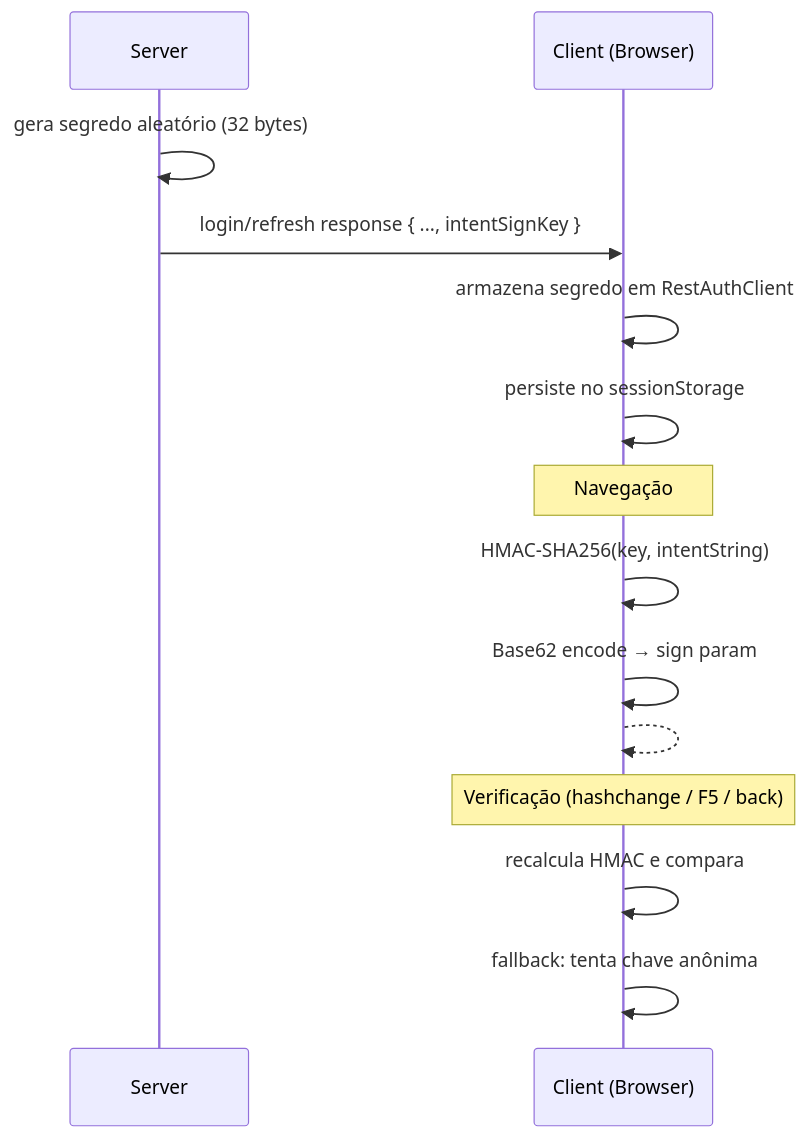
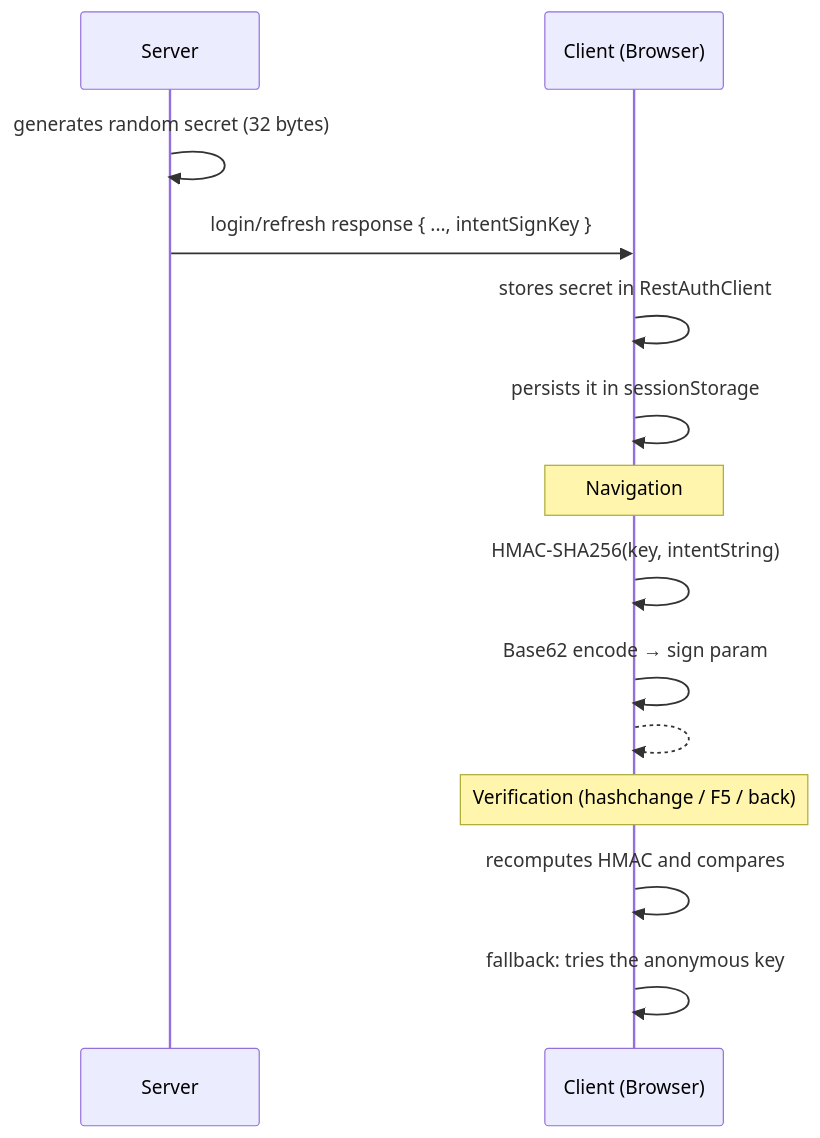
One commit to mrcdom/wdc-cube-kotlin changed the diagram in fontes/br.com.wdc.kt.shopping/br.com.wdc.kt.shopping.view.compose/compose.web/README.md. Above: the diagram before and after it, drawn with Mermaid. The commit also changed other lines of this file and 76 other files, not shown here.

````diff
--- a/fontes/br.com.wdc.kt.shopping/br.com.wdc.kt.shopping.view.compose/compose.web/README.md
+++ b/fontes/br.com.wdc.kt.shopping/br.com.wdc.kt.shopping.view.compose/compose.web/README.md
@@ -27,19 +27,19 @@
 ```mermaid
 sequenceDiagram
     participant S as Server
     participant C as Client (Browser)
 
-    S->>S: gera segredo aleatório (32 bytes)
+    S->>S: generates random secret (32 bytes)
     S->>C: login/refresh response { ..., intentSignKey }
-    C->>C: armazena segredo em RestAuthClient
-    C->>C: persiste no sessionStorage
+    C->>C: stores secret in RestAuthClient
+    C->>C: persists it in sessionStorage
 
-    Note over C: Navegação
+    Note over C: Navigation
     C->>C: HMAC-SHA256(key, intentString)
     C->>C: Base62 encode → sign param
     C-->>C: #place?param=x&sign=ABC
 
-    Note over C: Verificação (hashchange / F5 / back)
-    C->>C: recalcula HMAC e compara
-    C->>C: fallback: tenta chave anônima
+    Note over C: Verification (hashchange / F5 / back)
+    C->>C: recomputes HMAC and compares
+    C->>C: fallback: tries the anonymous key
 ```
````
